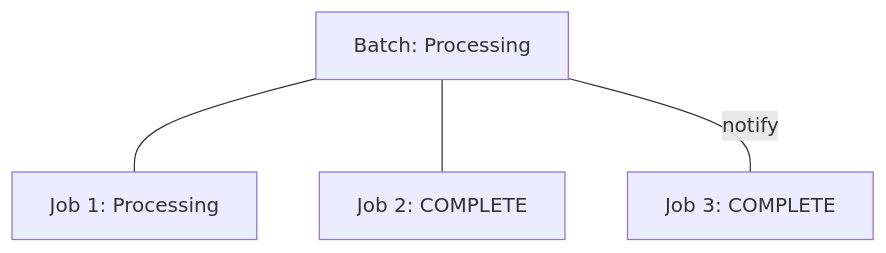
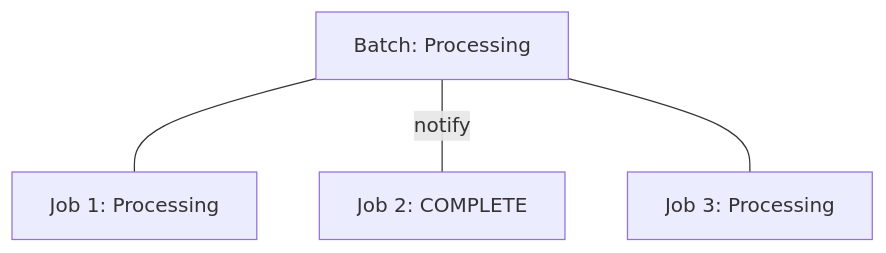
Before and after one commit to CDLUC3/mrt-zk: the fifth of 48 diagrams in design/use-cases.md, drawn with Mermaid. The commit also changed other lines of this file, not shown here.

Commit message:
Update use cases with new mermaid diagrams

````diff
--- a/design/use-cases.md
+++ b/design/use-cases.md
@@ -64,10 +57,11 @@
 ```mermaid
 graph TD
+  accTitle: 'Batch (Processing) has 3 Jobs (Processing, Complete, Processing)'
   Batch[Batch: Processing]
   Job1[Job 1: Processing]
   Job2[Job 2: COMPLETE]
-  Job3[Job 3: COMPLETE]
+  Job3[Job 3: Processing]
   Batch --- Job1
-  Batch --- Job2
-  Batch --- |notify| Job3
+  Batch --- |notify| Job2
+  Batch --- Job3
 ```
````
